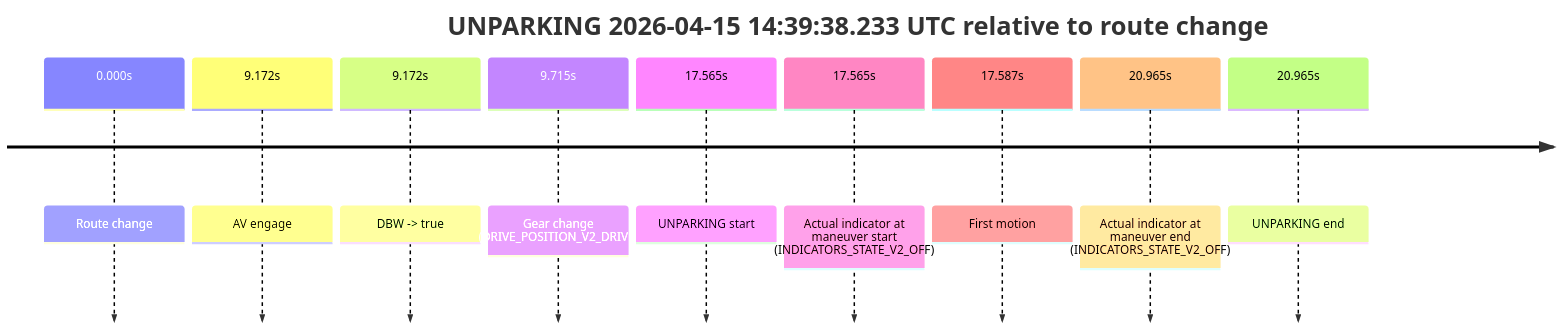
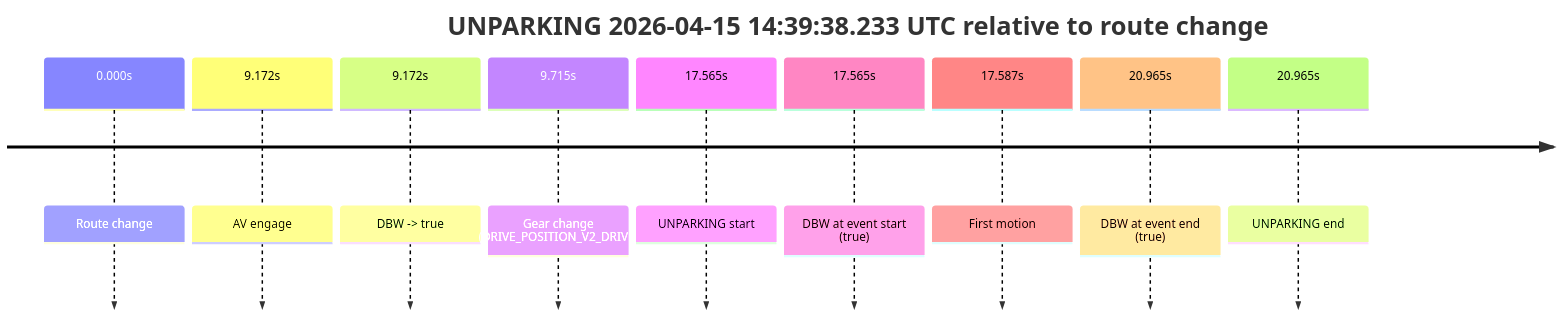
One commit to yoelshapiro/vault changed the second of 2 diagrams in model_analysis/report_cards/2026/04/Week-3/fme20015--2026-04-15--14-16-31--gen2-av-28d171b6-80a7-4e64-8aa8-b306a6530d69.md. Above: the diagram before and after it, drawn with Mermaid. The commit also changed other lines of this file and 32 other files, not shown here.

````diff
--- a/model_analysis/report_cards/2026/04/Week-3/fme20015--2026-04-15--14-16-31--gen2-av-28d171b6-80a7-4e64-8aa8-b306a6530d69.md
+++ b/model_analysis/report_cards/2026/04/Week-3/fme20015--2026-04-15--14-16-31--gen2-av-28d171b6-80a7-4e64-8aa8-b306a6530d69.md
@@ -300,13 +131,13 @@
 ```mermaid
 timeline
     title UNPARKING 2026-04-15 14:39:38.233 UTC relative to route change
     0.000s : Route change
     9.172s : AV engage
     9.172s : DBW -> true
     9.715s : Gear change (DRIVE_POSITION_V2_DRIVE)
     17.565s : UNPARKING start
-    17.565s : Actual indicator at maneuver start (INDICATORS_STATE_V2_OFF)
+    17.565s : DBW at event start (true)
     17.587s : First motion
-    20.965s : Actual indicator at maneuver end (INDICATORS_STATE_V2_OFF)
+    20.965s : DBW at event end (true)
     20.965s : UNPARKING end
 ```
````
